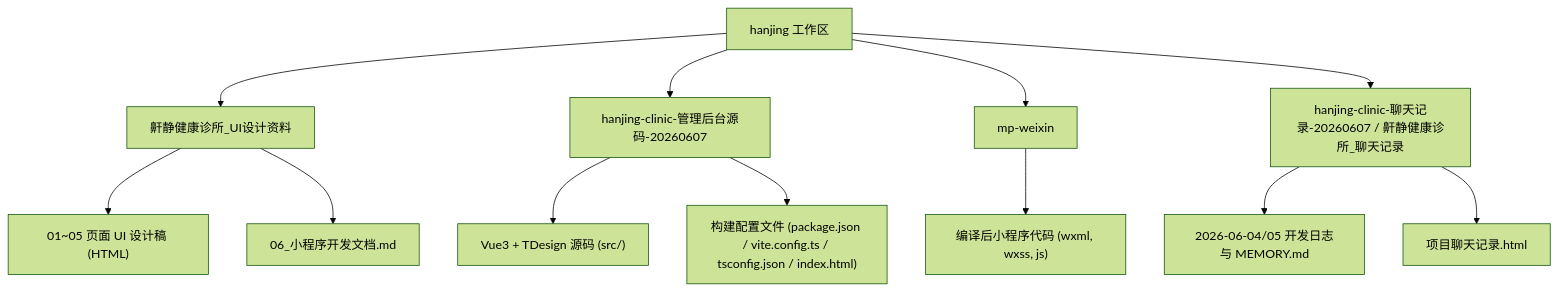
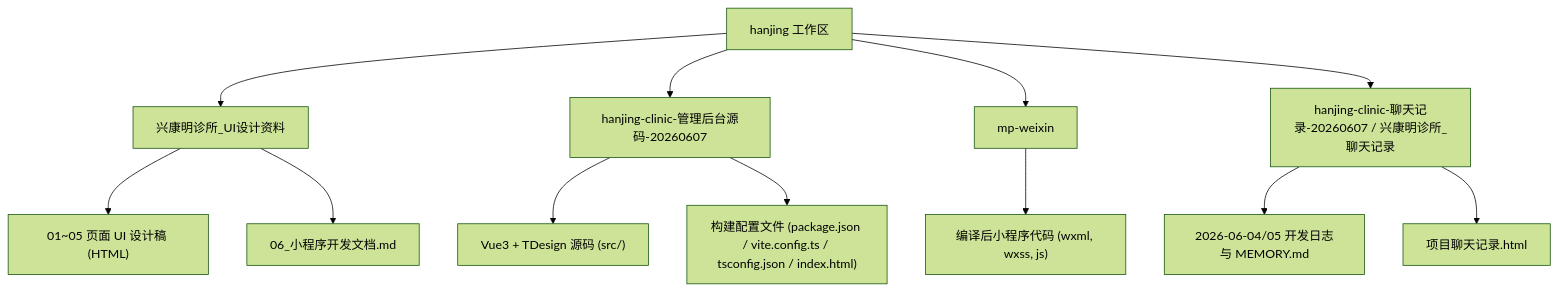
The diagram in README.md (enwey/hanjing), drawn with Mermaid (forest theme) before and after one commit. The commit also changed other lines of this file and 164 other files, not shown here.

Commit message:
feat: refine promoter and appointment payment flows

````diff
--- a/README.md
+++ b/README.md
@@ -9,19 +9,19 @@
 ```mermaid
 graph TD
     Workspace["hanjing 工作区"]
     
-    Workspace --> UI["鼾静健康诊所_UI设计资料"]
+    Workspace --> UI["兴康明诊所_UI设计资料"]
     UI --> UI_HTML["01~05 页面 UI 设计稿 (HTML)"]
     UI --> UI_Doc["06_小程序开发文档.md"]
     
     Workspace --> AdminSrc["hanjing-clinic-管理后台源码-20260607"]
     AdminSrc --> Admin_Code["Vue3 + TDesign 源码 (src/)"]
     AdminSrc --> Admin_Config["构建配置文件 (package.json / vite.config.ts / tsconfig.json / index.html)"]
     
     Workspace --> MP["mp-weixin"]
     MP --> MP_Build["编译后小程序代码 (wxml, wxss, js)"]
     
-    Workspace --> Logs["hanjing-clinic-聊天记录-20260607 / 鼾静健康诊所_聊天记录"]
+    Workspace --> Logs["hanjing-clinic-聊天记录-20260607 / 兴康明诊所_聊天记录"]
     Logs --> Log_MD["2026-06-04/05 开发日志与 MEMORY.md"]
     Logs --> Log_HTML["项目聊天记录.html"]
 ```
````
